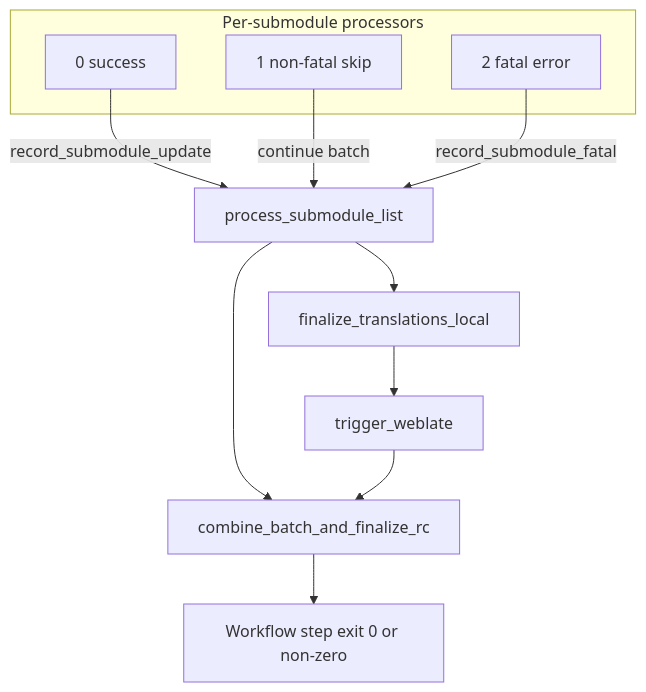
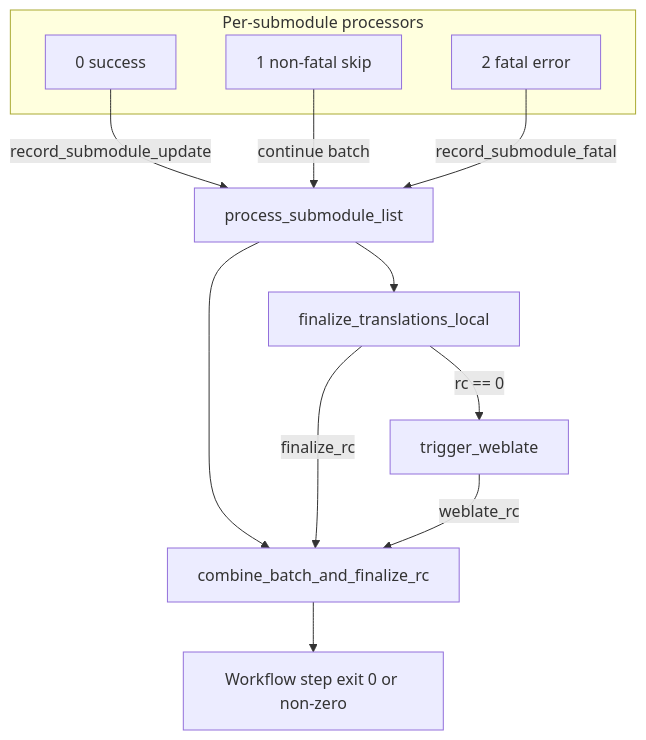
One commit to cppalliance/boost-docs-translation changed the second of 2 diagrams in docs/ARCHITECTURE.md. Above: the diagram before and after it, drawn with Mermaid. The commit also changed 4 other files, not shown here.

````diff
--- a/docs/ARCHITECTURE.md
+++ b/docs/ARCHITECTURE.md
@@ -157,22 +157,23 @@
 ```mermaid
 flowchart TD
   subgraph processors [Per-submodule processors]
     A0["0 success"]
     A1["1 non-fatal skip"]
     A2["2 fatal error"]
   end
   PSL[process_submodule_list]
   CB[combine_batch_and_finalize_rc]
   FTL[finalize_translations_local]
   TW[trigger_weblate]
   JobExit["Workflow step exit 0 or non-zero"]
 
   A0 -->|"record_submodule_update"| PSL
   A1 -->|"continue batch"| PSL
   A2 -->|"record_submodule_fatal"| PSL
   PSL --> CB
   PSL --> FTL
-  FTL --> TW
-  TW --> CB
+  FTL -->|"finalize_rc"| CB
+  FTL -->|"rc == 0"| TW
+  TW -->|"weblate_rc"| CB
   CB --> JobExit
 ```
````
